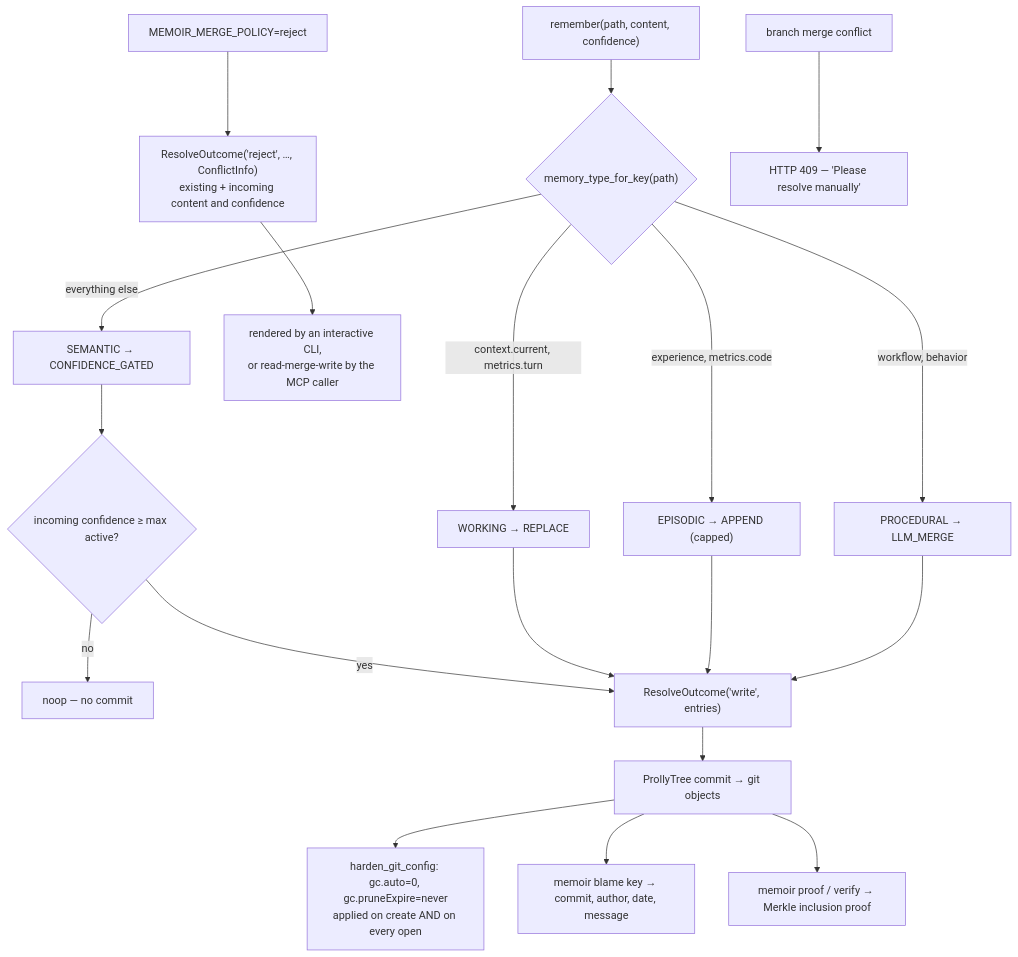
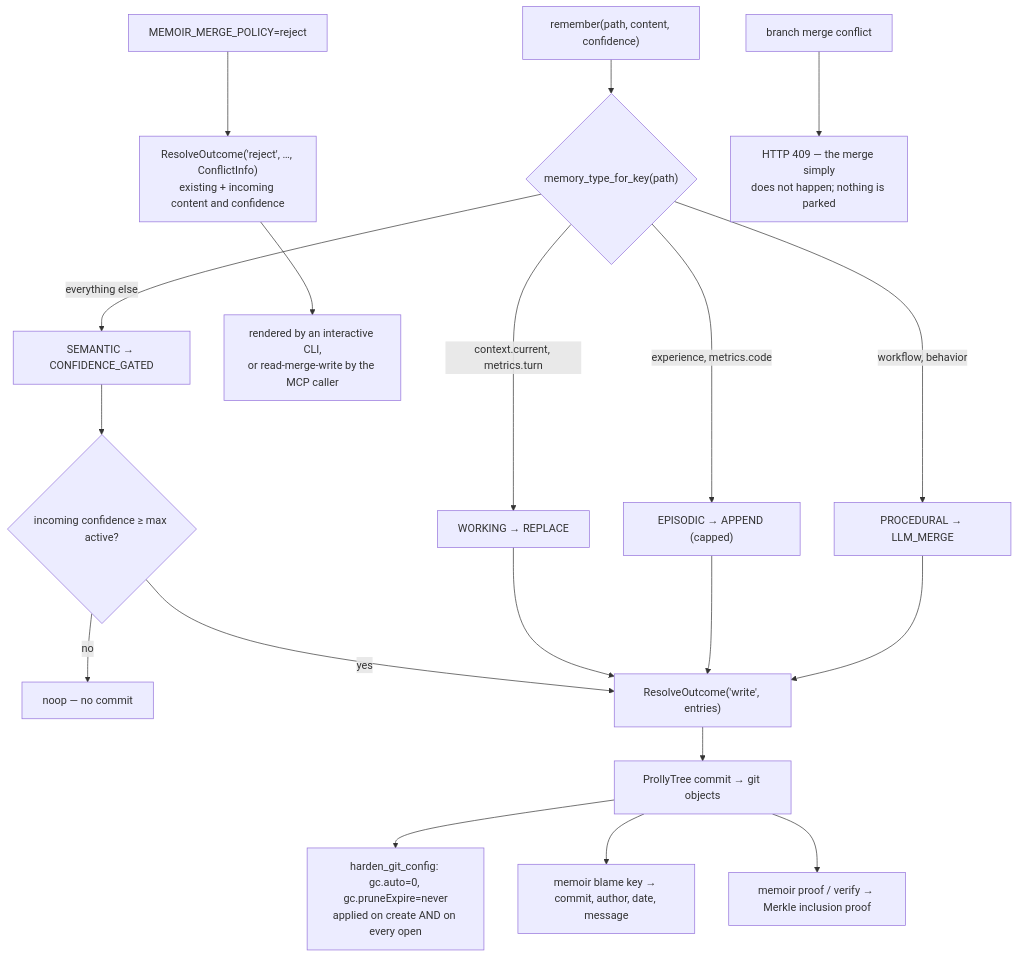
One commit to neoneye/agent-memory-atlas changed the diagram in content/systems/memoir.md. Above: the diagram before and after it, drawn with Mermaid. The commit also changed other lines of this file and 13 other files, not shown here.

````diff
--- a/content/systems/memoir.md
+++ b/content/systems/memoir.md
@@ -84,22 +83,22 @@
 ```mermaid
 %% caption: the key's path decides its merge policy, and the semantic path is confidence-gated so a lower-confidence write is a no-op with no commit — with reject mode surfacing the conflict to a person instead
 flowchart TD
     W["remember(path, content, confidence)"] --> T{"memory_type_for_key(path)"}
     T -->|"context.current, metrics.turn"| WK["WORKING → REPLACE"]
     T -->|"experience, metrics.code"| EP["EPISODIC → APPEND (capped)"]
     T -->|"workflow, behavior"| PR["PROCEDURAL → LLM_MERGE"]
     T -->|"everything else"| SE["SEMANTIC → CONFIDENCE_GATED"]
     SE --> CG{"incoming confidence ≥ max active?"}
     CG -->|no| NOOP["noop — no commit"]
     CG -->|yes| WR
     WK --> WR["ResolveOutcome('write', entries)"]
     EP --> WR
     PR --> WR
     RJ["MEMOIR_MERGE_POLICY=reject"] --> RC["ResolveOutcome('reject', …, ConflictInfo)<br/>existing + incoming content and confidence"]
     RC --> CLI["rendered by an interactive CLI,<br/>or read-merge-write by the MCP caller"]
     WR --> PT["ProllyTree commit → git objects"]
     PT --> GS["harden_git_config: gc.auto=0, gc.pruneExpire=never<br/>applied on create AND on every open"]
     PT --> BL["memoir blame key → commit, author, date, message"]
     PT --> PF["memoir proof / verify → Merkle inclusion proof"]
-    BR["branch merge conflict"] --> H409["HTTP 409 — 'Please resolve manually'"]
+    BR["branch merge conflict"] --> H409["HTTP 409 — the merge simply<br/>does not happen; nothing is parked"]
 ```
````
